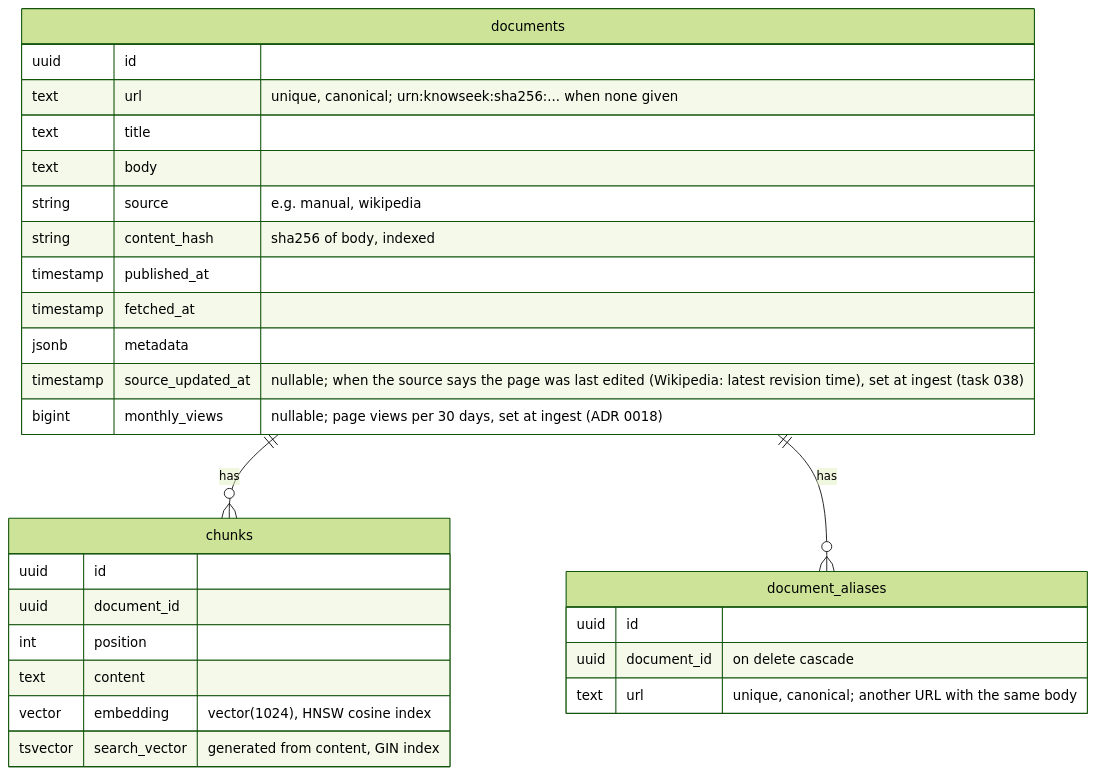
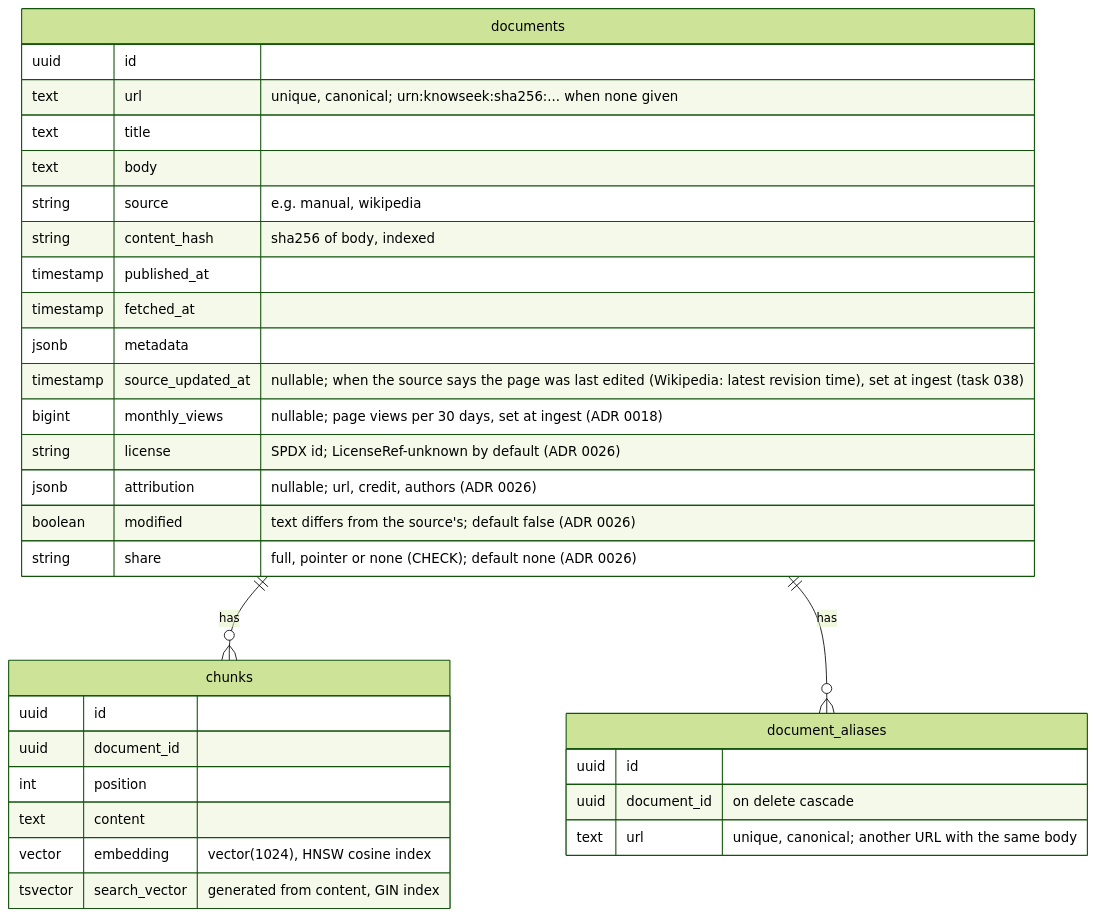
The second of 2 diagrams in docs/ARCHITECTURE.md (williamge/knowseek), drawn with Mermaid (forest theme) before and after one commit. The commit also changed other lines of this file and 19 other files, not shown here.

Commit message:
Record each document's license (#68, ADR 0026) (#72)

````diff
--- a/docs/ARCHITECTURE.md
+++ b/docs/ARCHITECTURE.md
@@ -54,31 +54,35 @@
 ```mermaid
 erDiagram
     documents ||--o{ chunks : has
     documents ||--o{ document_aliases : has
     documents {
         uuid id
         text url "unique, canonical; urn:knowseek:sha256:... when none given"
         text title
         text body
         string source "e.g. manual, wikipedia"
         string content_hash "sha256 of body, indexed"
         timestamp published_at
         timestamp fetched_at
         jsonb metadata
         timestamp source_updated_at "nullable; when the source says the page was last edited (Wikipedia: latest revision time), set at ingest (task 038)"
         bigint monthly_views "nullable; page views per 30 days, set at ingest (ADR 0018)"
+        string license "SPDX id; LicenseRef-unknown by default (ADR 0026)"
+        jsonb attribution "nullable; url, credit, authors (ADR 0026)"
+        boolean modified "text differs from the source's; default false (ADR 0026)"
+        string share "full, pointer or none (CHECK); default none (ADR 0026)"
     }
     document_aliases {
         uuid id
         uuid document_id "on delete cascade"
         text url "unique, canonical; another URL with the same body"
     }
     chunks {
         uuid id
         uuid document_id
         int position
         text content
         vector embedding "vector(1024), HNSW cosine index"
         tsvector search_vector "generated from content, GIN index"
     }
 ```
````
